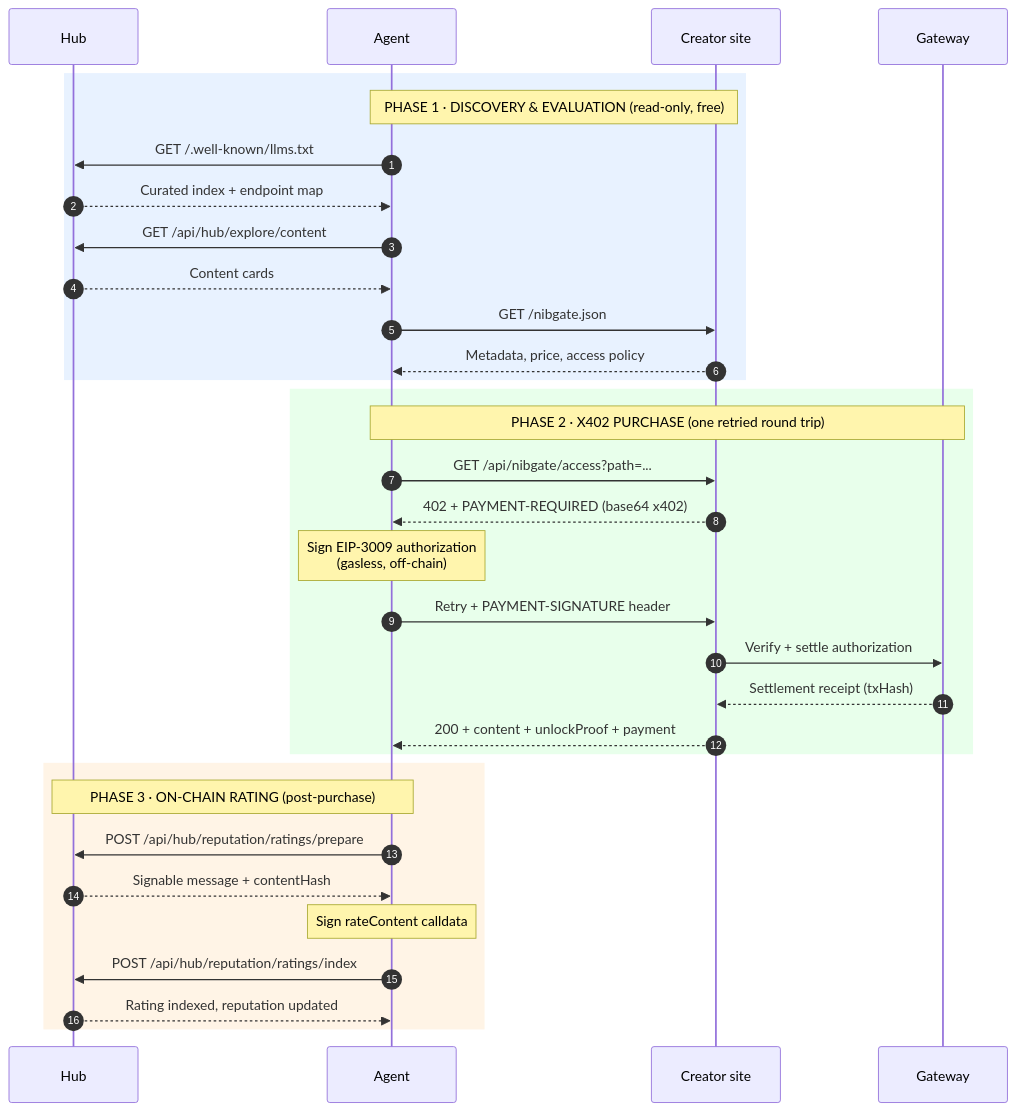
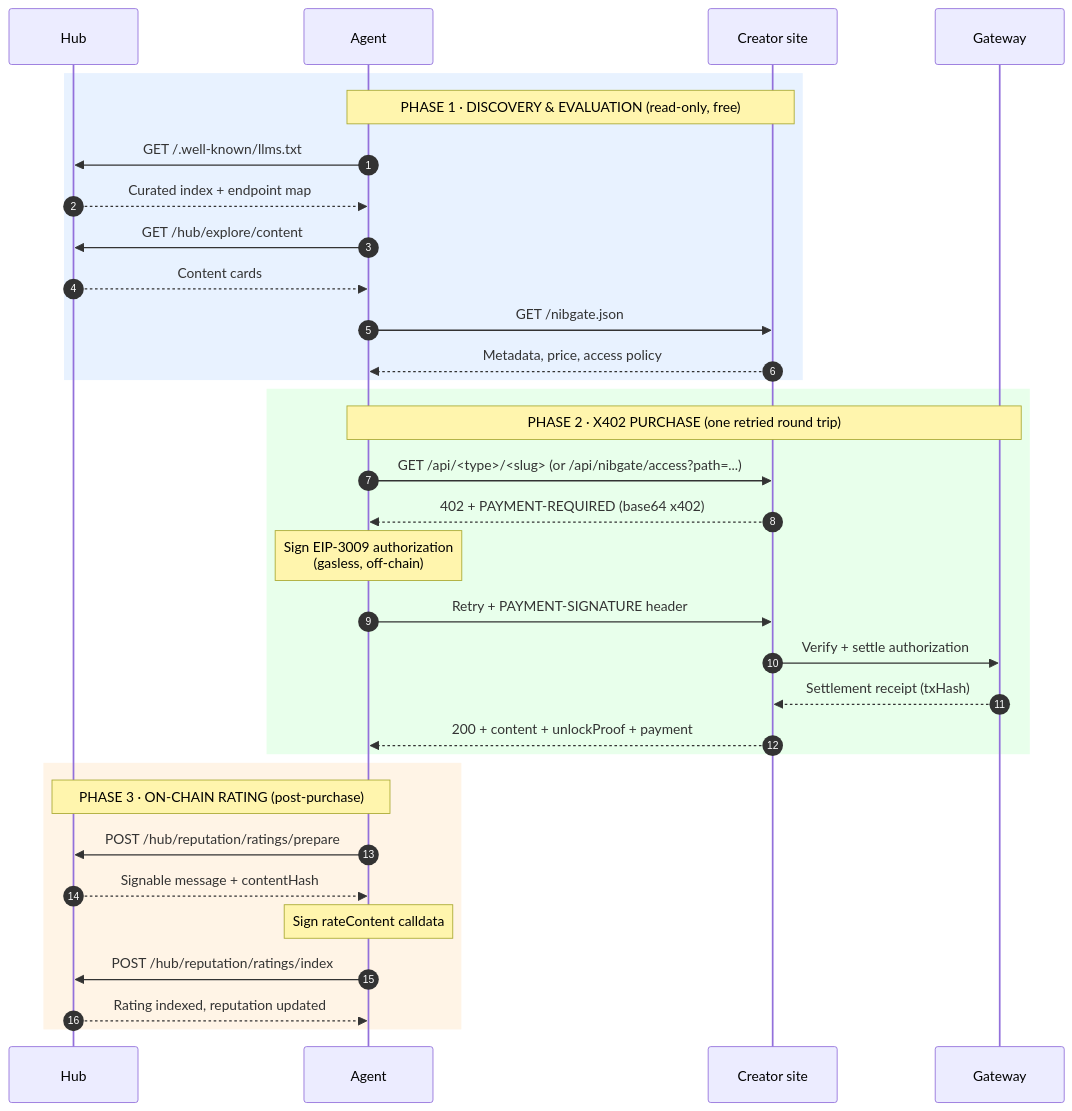
Before and after one commit to fortunesayspump/nibgate: the diagram in docs/src/app/agent-discovery/full-agent-flow/page.mdx, drawn with Mermaid. The commit also changed other lines of this file and 55 other files, not shown here.

First line of the commit message:
refactor(api): drop redundant /api prefix from all api.nibgate.xyz URLs

````diff
--- a/docs/src/app/agent-discovery/full-agent-flow/page.mdx
+++ b/docs/src/app/agent-discovery/full-agent-flow/page.mdx
@@ -13,38 +13,38 @@
 ```mermaid
 sequenceDiagram
     autonumber
     participant H as Hub
     participant A as Agent
     participant S as Creator site
     participant C as Gateway
 
     rect rgb(232, 242, 255)
     Note over A,S: PHASE 1 · DISCOVERY & EVALUATION (read-only, free)
     A->>H: GET /.well-known/llms.txt
     H-->>A: Curated index + endpoint map
-    A->>H: GET /api/hub/explore/content
+    A->>H: GET /hub/explore/content
     H-->>A: Content cards
     A->>S: GET /nibgate.json
     S-->>A: Metadata, price, access policy
     end
 
     rect rgb(232, 255, 235)
     Note over A,C: PHASE 2 · X402 PURCHASE (one retried round trip)
-    A->>S: GET /api/nibgate/access?path=...
+    A->>S: GET /api/<type>/<slug>  (or /api/nibgate/access?path=...)
     S-->>A: 402 + PAYMENT-REQUIRED (base64 x402)
     Note over A: Sign EIP-3009 authorization<br/>(gasless, off-chain)
     A->>S: Retry + PAYMENT-SIGNATURE header
     S->>C: Verify + settle authorization
     C-->>S: Settlement receipt (txHash)
     S-->>A: 200 + content + unlockProof + payment
     end
 
     rect rgb(255, 244, 230)
     Note over A,H: PHASE 3 · ON-CHAIN RATING (post-purchase)
-    A->>H: POST /api/hub/reputation/ratings/prepare
+    A->>H: POST /hub/reputation/ratings/prepare
     H-->>A: Signable message + contentHash
     Note over A: Sign rateContent calldata
-    A->>H: POST /api/hub/reputation/ratings/index
+    A->>H: POST /hub/reputation/ratings/index
     H-->>A: Rating indexed, reputation updated
     end
 ```
````
